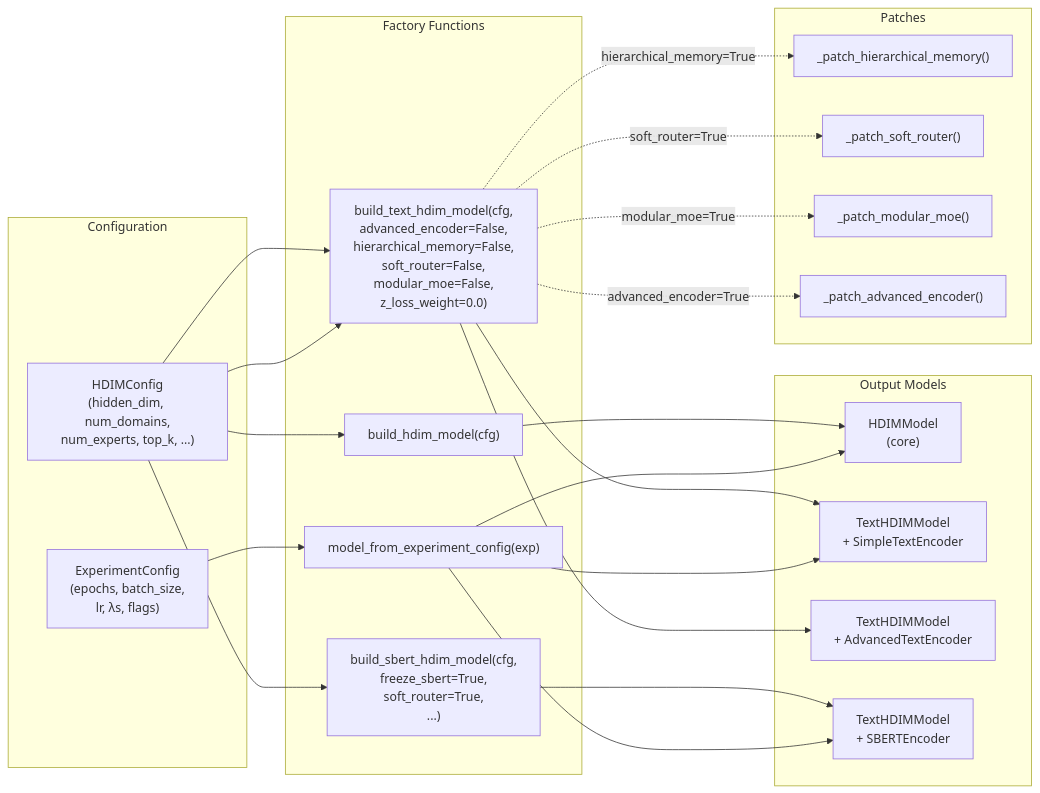
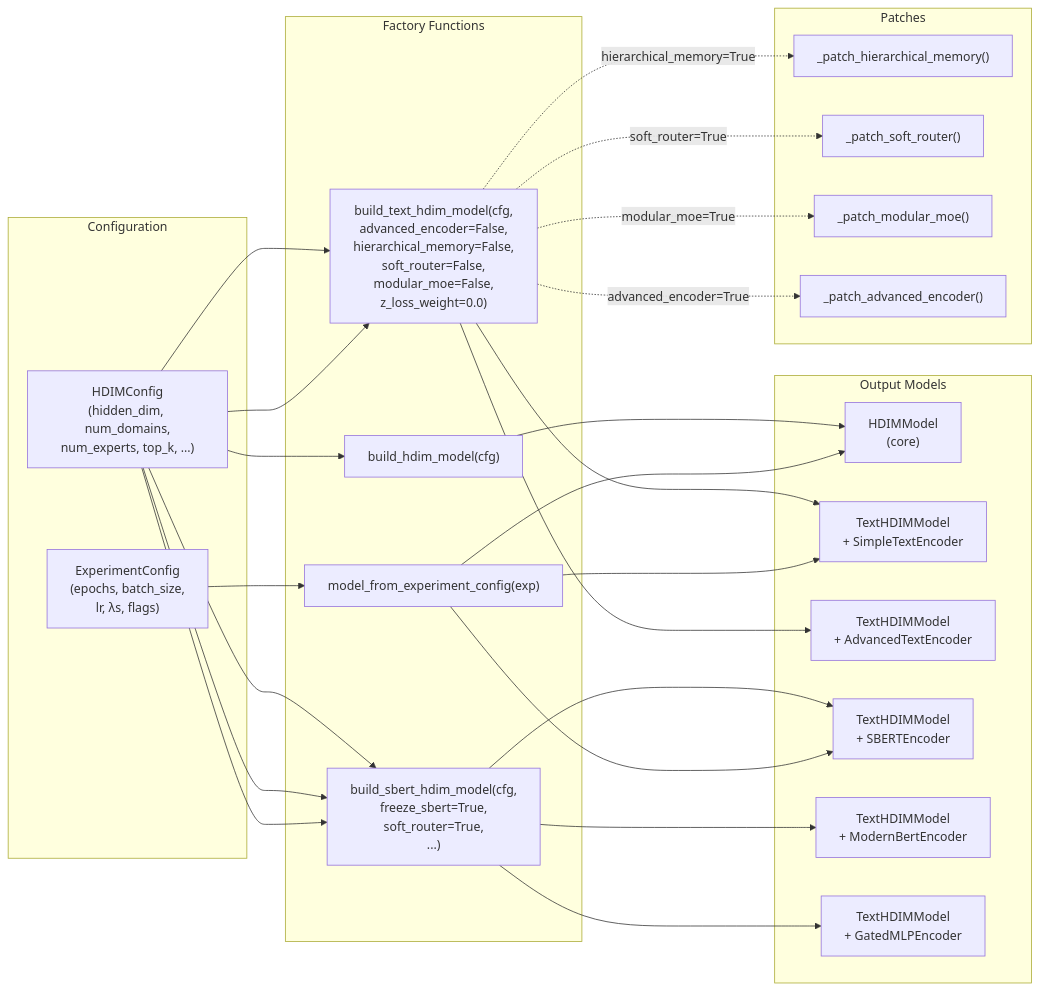
Before and after one commit to ShmidtS/hypercoplexAI: the eighth of 22 diagrams in docs/DIAGRAMS.md, drawn with Mermaid. The commit also changed other lines of this file and 3 other files, not shown here.

First line of the commit message:
docs: update ARCHITECTURE, DIAGRAMS, README, HDIM docs

````diff
--- a/docs/DIAGRAMS.md
+++ b/docs/DIAGRAMS.md
@@ -538,39 +674,43 @@
 ```mermaid
 flowchart LR
     subgraph Config["Configuration"]
         HC["HDIMConfig<br/>(hidden_dim, num_domains,<br/>num_experts, top_k, ...)"]
         EC["ExperimentConfig<br/>(epochs, batch_size,<br/>lr, λs, flags)"]
     end
-    
+
     subgraph Factories["Factory Functions"]
         F1["build_hdim_model(cfg)"]
         F2["build_text_hdim_model(cfg,<br/>advanced_encoder=False,<br/>hierarchical_memory=False,<br/>soft_router=False,<br/>modular_moe=False,<br/>z_loss_weight=0.0)"]
         F3["build_sbert_hdim_model(cfg,<br/>freeze_sbert=True,<br/>soft_router=True,<br/>...)"]
         F4["model_from_experiment_config(exp)"]
     end
-    
+
     subgraph Models["Output Models"]
         M1["HDIMModel<br/>(core)"]
         M2["TextHDIMModel<br/>+ SimpleTextEncoder"]
         M3["TextHDIMModel<br/>+ AdvancedTextEncoder"]
         M4["TextHDIMModel<br/>+ SBERTEncoder"]
+        M5["TextHDIMModel<br/>+ ModernBertEncoder"]
+        M6["TextHDIMModel<br/>+ GatedMLPEncoder"]
     end
-    
+
     HC --> F1 --> M1
     HC --> F2 --> M2
     HC --> F2 --> M3
     HC --> F3 --> M4
+    HC --> F3 --> M5
+    HC --> F3 --> M6
     EC --> F4 --> M1 & M2 & M4
-    
+
     subgraph Patches["Patches"]
         P1["_patch_hierarchical_memory()"]
         P2["_patch_soft_router()"]
         P3["_patch_modular_moe()"]
         P4["_patch_advanced_encoder()"]
     end
-    
+
     F2 -.->|"hierarchical_memory=True"| P1
     F2 -.->|"soft_router=True"| P2
     F2 -.->|"modular_moe=True"| P3
     F2 -.->|"advanced_encoder=True"| P4
 ```
````
